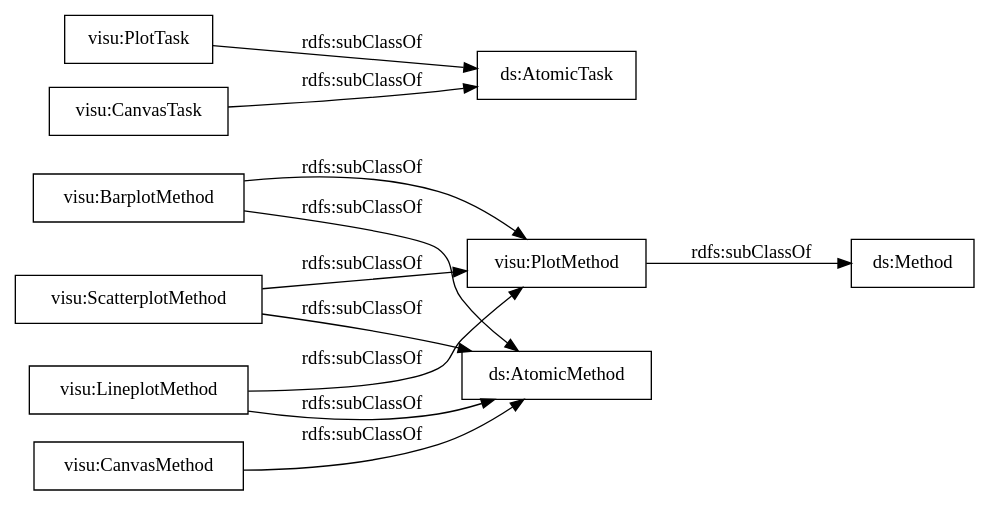
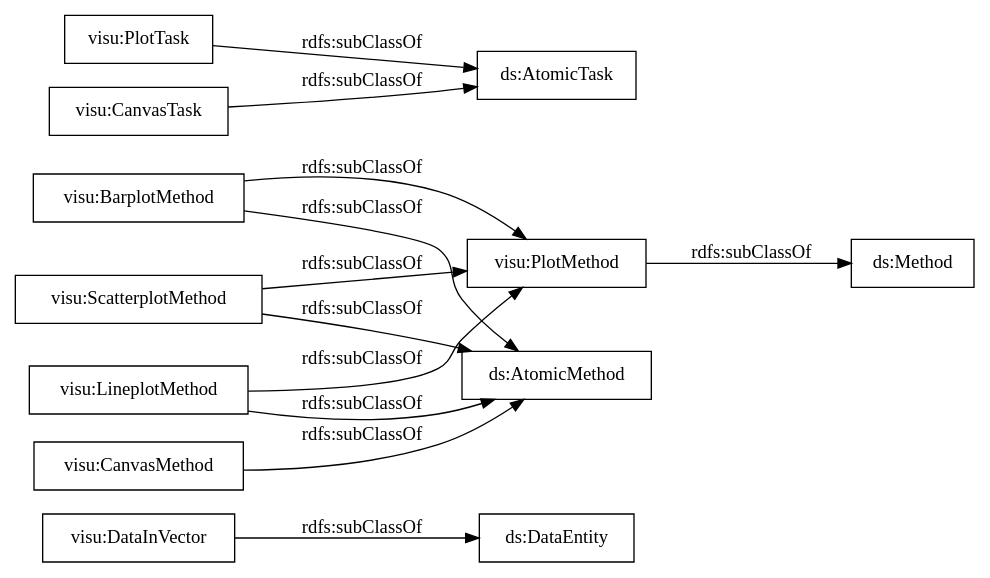
Before and after one commit to nsai-uio/ExeKGOntology: the diagram in OnToology/visu_exeKGOntology.ttl/diagrams/ar2dtool-taxonomy/visu_exeKGOntology.ttl.png.dot, drawn with Graphviz. The commit also changed 35 other files, not shown here.

```diff
--- a/OnToology/visu_exeKGOntology.ttl/diagrams/ar2dtool-taxonomy/visu_exeKGOntology.ttl.png.dot
+++ b/OnToology/visu_exeKGOntology.ttl/diagrams/ar2dtool-taxonomy/visu_exeKGOntology.ttl.png.dot
@@ -1,16 +1,17 @@
 digraph ar2dtool_diagram { 
 rankdir=LR;
 size="1000"
-node [shape = rectangle, color="black"]; "visu:BarplotMethod" "visu:ScatterplotMethod" "visu:LineplotMethod" "visu:PlotTask" "visu:PlotMethod" "visu:CanvasTask" "visu:CanvasMethod" ; /*classes style*/
+node [shape = rectangle, color="black"]; "visu:DataInVector" "visu:BarplotMethod" "visu:ScatterplotMethod" "visu:LineplotMethod" "visu:PlotTask" "visu:PlotMethod" "visu:CanvasTask" "visu:CanvasMethod" ; /*classes style*/
 	"visu:LineplotMethod" -> "visu:PlotMethod" [ label = "rdfs:subClassOf" ];
 	"visu:LineplotMethod" -> "ds:AtomicMethod" [ label = "rdfs:subClassOf" ];
 	"visu:BarplotMethod" -> "visu:PlotMethod" [ label = "rdfs:subClassOf" ];
 	"visu:BarplotMethod" -> "ds:AtomicMethod" [ label = "rdfs:subClassOf" ];
 	"visu:CanvasMethod" -> "ds:AtomicMethod" [ label = "rdfs:subClassOf" ];
 	"visu:PlotMethod" -> "ds:Method" [ label = "rdfs:subClassOf" ];
 	"visu:PlotTask" -> "ds:AtomicTask" [ label = "rdfs:subClassOf" ];
 	"visu:ScatterplotMethod" -> "visu:PlotMethod" [ label = "rdfs:subClassOf" ];
 	"visu:ScatterplotMethod" -> "ds:AtomicMethod" [ label = "rdfs:subClassOf" ];
+	"visu:DataInVector" -> "ds:DataEntity" [ label = "rdfs:subClassOf" ];
 	"visu:CanvasTask" -> "ds:AtomicTask" [ label = "rdfs:subClassOf" ];
 
 }
```
